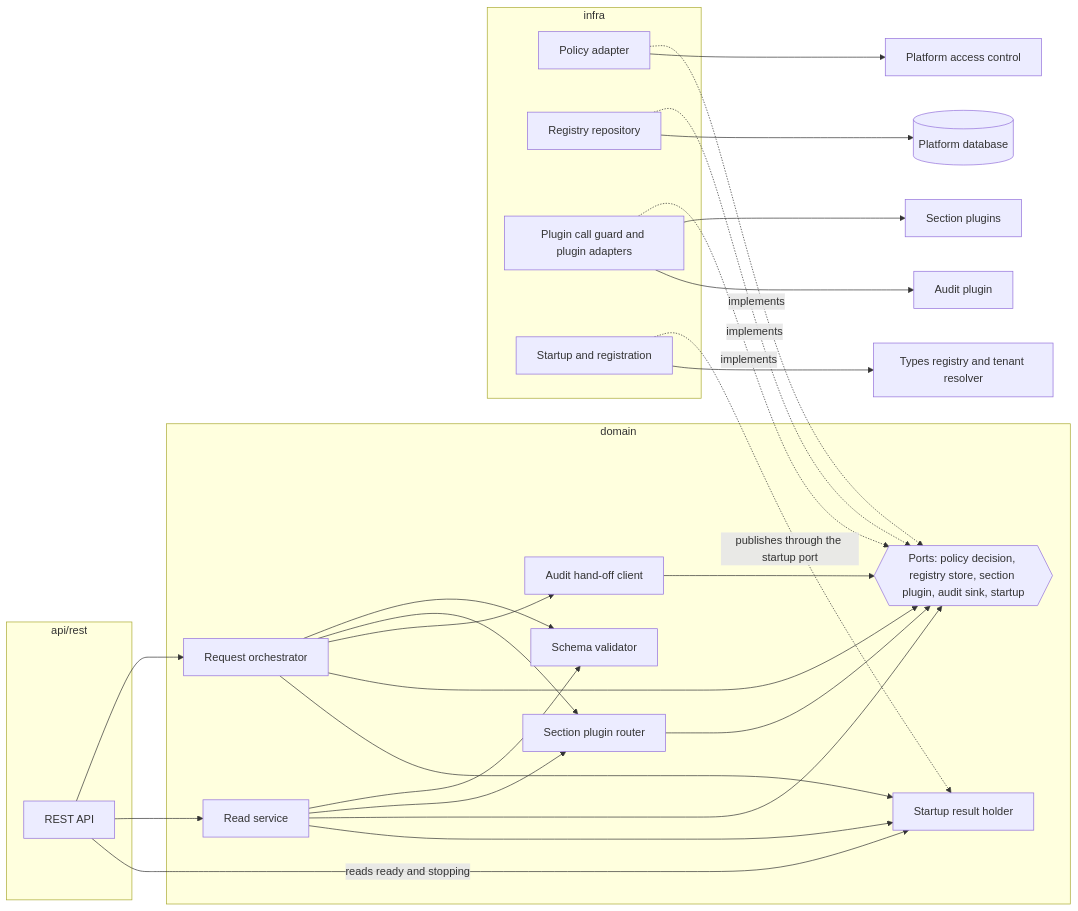
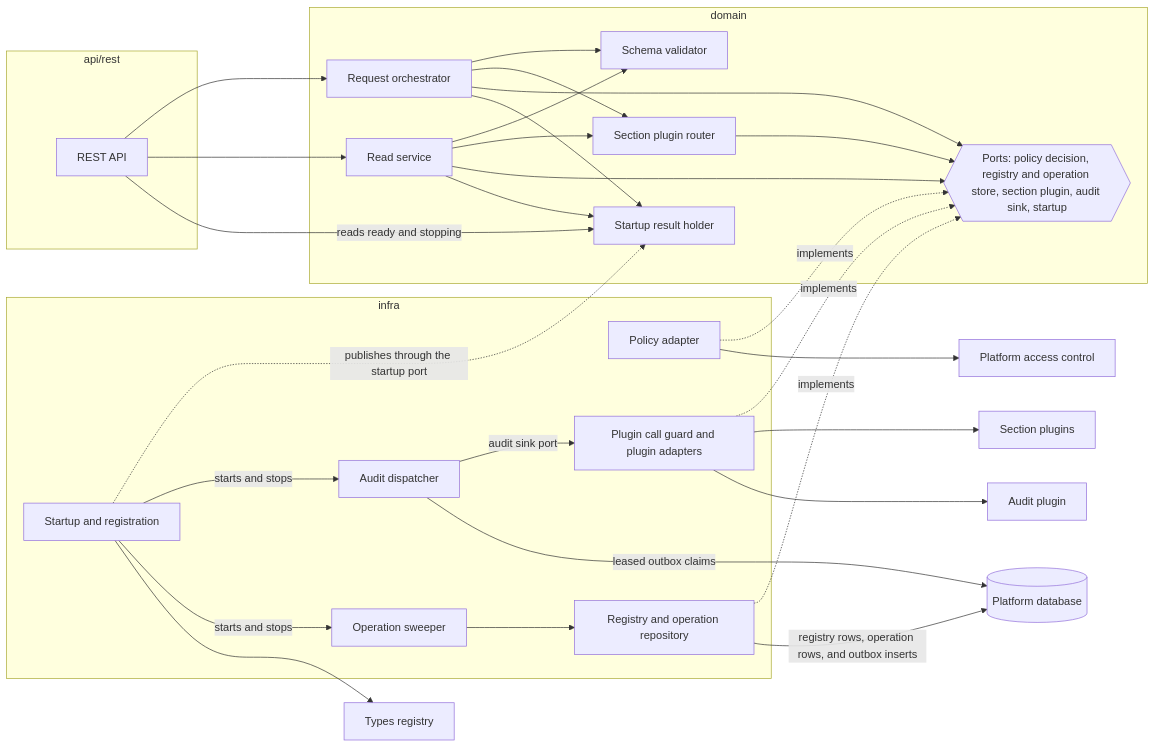
One commit to constructorfabric/gears-rust changed the third of 12 diagrams in gears/system/application-manager/docs/DESIGN.md. Above: the diagram before and after it, drawn with Mermaid. The commit also changed other lines of this file and 8 other files, not shown here.

````diff
--- a/gears/system/application-manager/docs/DESIGN.md
+++ b/gears/system/application-manager/docs/DESIGN.md
@@ -396,44 +456,48 @@
 ```mermaid
 graph LR
     subgraph APIL["api/rest"]
         REST[REST API]
     end
     subgraph DOML["domain"]
         ORC[Request orchestrator]
         RS[Read service]
         VAL[Schema validator]
         SPR[Section plugin router]
-        AUD[Audit hand-off client]
         SRH[Startup result holder]
-        PORTS{{"Ports: policy decision, registry store, section plugin, audit sink, startup"}}
+        PORTS{{"Ports: policy decision, registry and operation store, section plugin, audit sink, startup"}}
     end
     subgraph INFL["infra"]
         POL[Policy adapter]
-        REG[Registry repository]
+        REG[Registry and operation repository]
+        DSP[Audit dispatcher]
+        SWP[Operation sweeper]
         GUARD[Plugin call guard and plugin adapters]
         START[Startup and registration]
     end
     REST --> ORC
     REST --> RS
     ORC --> VAL
     RS --> VAL
     ORC --> SPR
     RS --> SPR
-    ORC --> AUD
     ORC --> PORTS
     RS --> PORTS
     SPR --> PORTS
-    AUD --> PORTS
     POL -. implements .-> PORTS
     REG -. implements .-> PORTS
     GUARD -. implements .-> PORTS
     START -.->|"publishes through the startup port"| SRH
+    START -->|"starts and stops"| DSP
+    START -->|"starts and stops"| SWP
+    SWP --> REG
     REST -->|"reads ready and stopping"| SRH
     ORC --> SRH
     RS --> SRH
+    DSP -->|"audit sink port"| GUARD
     GUARD --> SP[Section plugins]
     GUARD --> AP[Audit plugin]
     POL --> PDP[Platform access control]
-    REG --> DB[(Platform database)]
-    START --> TY[Types registry and tenant resolver]
+    REG -->|"registry rows, operation rows, and outbox inserts"| DB[(Platform database)]
+    DSP -->|"leased outbox claims"| DB
+    START --> TY[Types registry]
 ```
````
